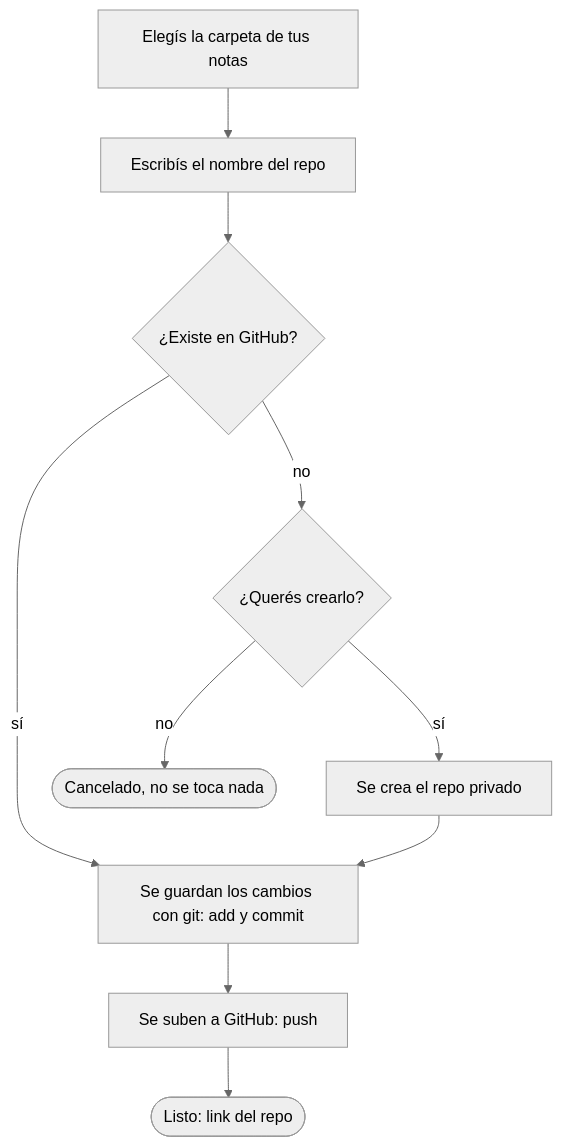
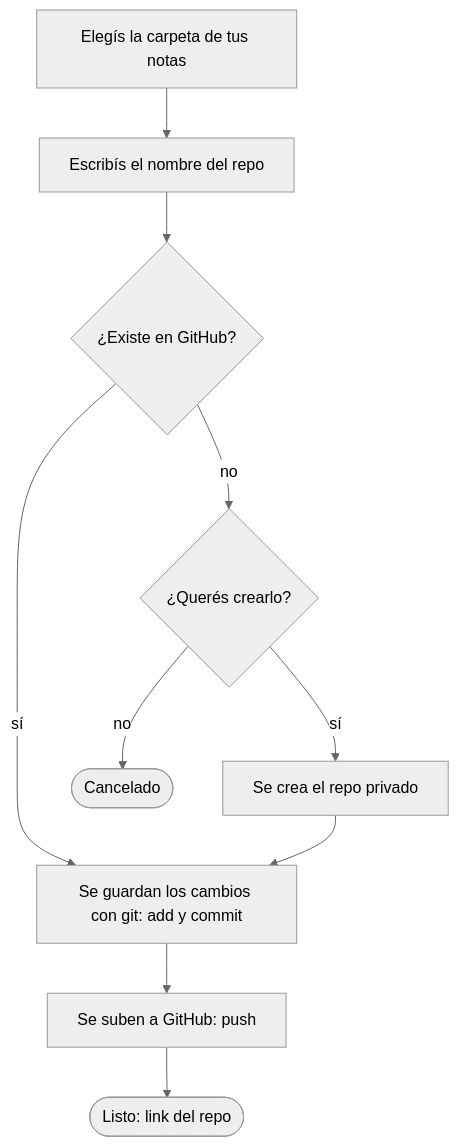
Before and after one commit to ignaciorau/vaultNoteScript: the diagram in README.md, drawn with Mermaid (neutral theme).

Commit message:
Update cancellation message in README flowchart
Simplify cancellation message in flowchart.

````diff
--- a/README.md
+++ b/README.md
@@ -38,12 +38,12 @@
 ```mermaid
 flowchart TD
     A["Elegís la carpeta de tus notas"] --> B["Escribís el nombre del repo"]
     B --> C{"¿Existe en GitHub?"}
     C -->|sí| E
     C -->|no| D{"¿Querés crearlo?"}
-    D -->|no| F(["Cancelado, no se toca nada"])
+    D -->|no| F(["Cancelado"])
     D -->|sí| D2["Se crea el repo privado"]
     D2 --> E["Se guardan los cambios con git: add y commit"]
     E --> G["Se suben a GitHub: push"]
     G --> H(["Listo: link del repo"])
 ```
````
